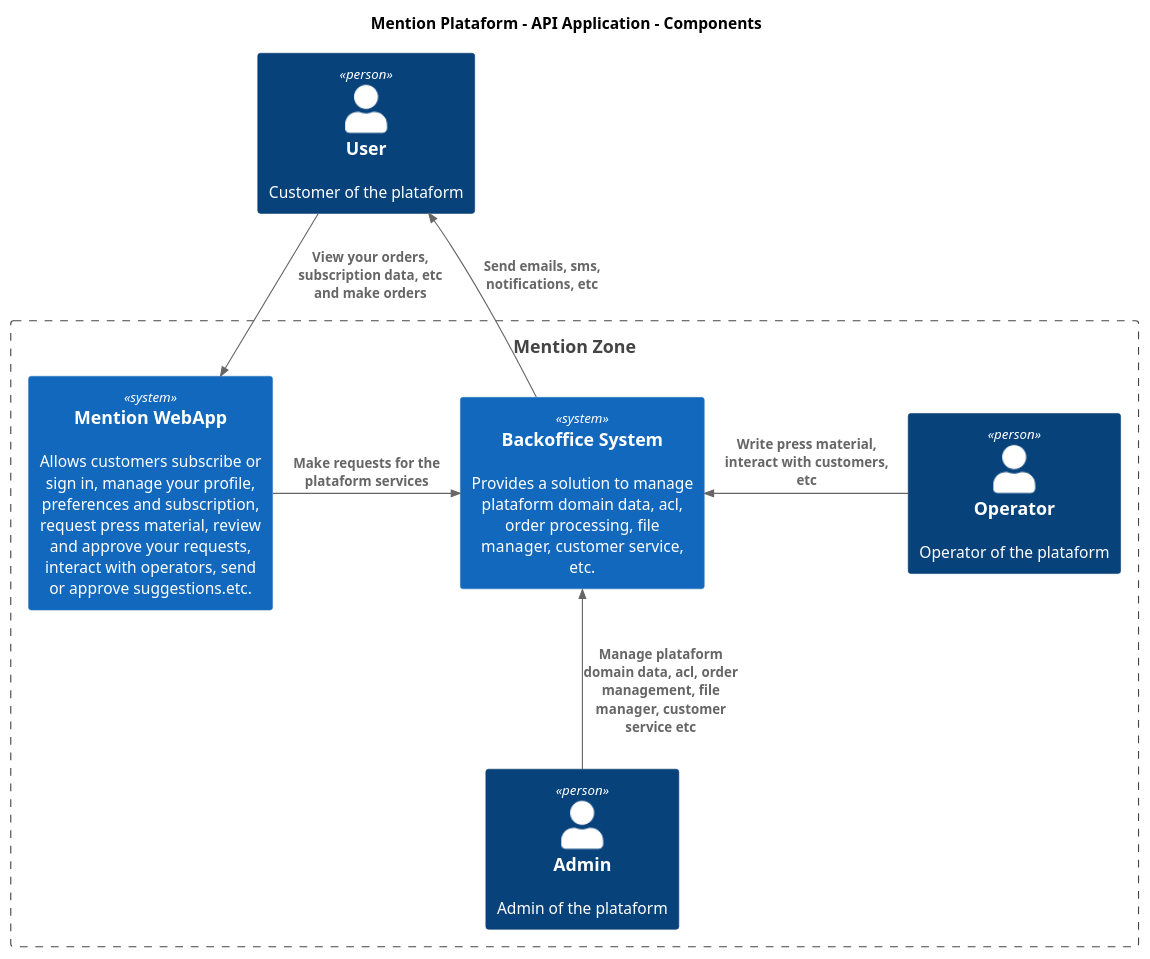
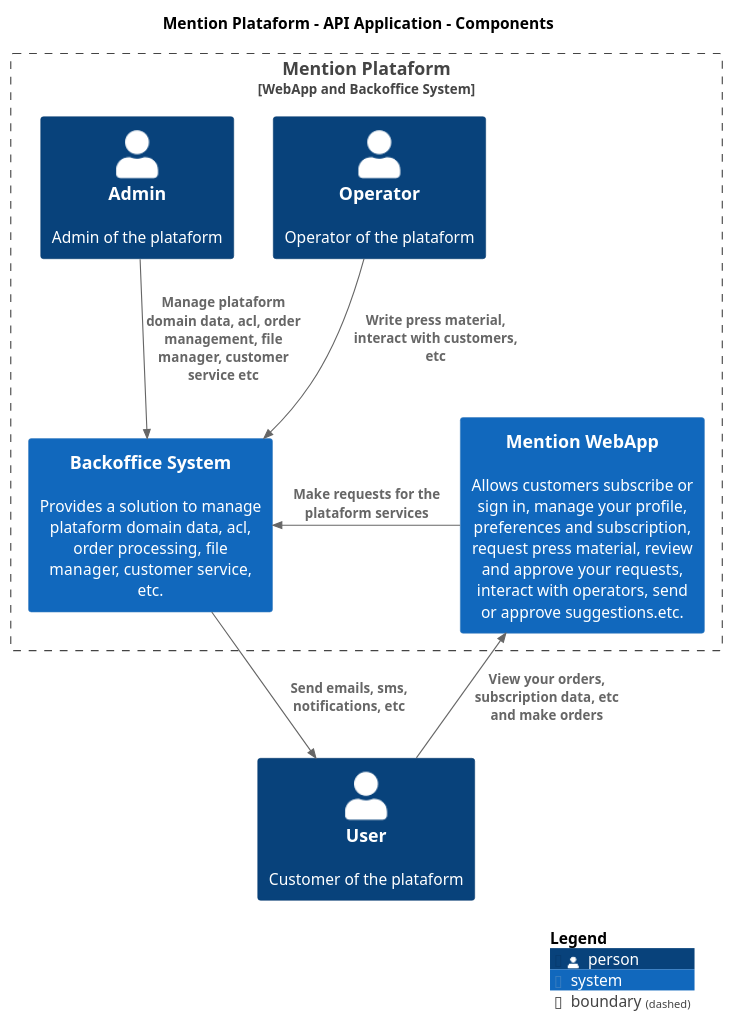
The diagram in docs/diagrams/context.puml (mateusmacedo/mostval-plataform), drawn with PlantUML before and after one commit.

Commit message:
docs(context): :books: enhance mention platform's context diagram clarity and interactivity

```diff
--- a/docs/diagrams/context.puml
+++ b/docs/diagrams/context.puml
@@ -1,28 +1,28 @@
 @startuml Mention Plataform
 set separator none
 title Mention Plataform - API Application - Components
 
 ' top to bottom direction
 ' left to right direction
 
 !include <C4/C4>
 !include <C4/C4_Context>
 
 AddBoundaryTag("Mention Plataform")
-Boundary(mention_zone, "Mention Zone") {
+Boundary(mention_zone, "Mention Plataform", "WebApp and Backoffice System") {
     Person(Operator, "Operator", "Operator of the plataform", $tags="")
     Person(Admin, "Admin", "Admin of the plataform", $tags="")
     System(MentionWebApp, "Mention WebApp", "Allows customers subscribe or sign in, manage your profile, preferences and subscription, request press material, review and approve your requests, interact with operators, send or approve suggestions.etc.", $tags="")
     System(MentionBackOffice, "Backoffice System", "Provides a solution to manage plataform domain data, acl, order processing, file manager, customer service, etc.", $tags="")
 }
 
 Person(User, "User", "Customer of the plataform", $tags="")
 
-Rel_D(User, MentionWebApp, "View your orders, subscription data, etc and make orders")
-Rel_R(MentionWebApp, MentionBackOffice, "Make requests for the plataform services")
-Rel_L(Operator, MentionBackOffice, "Write press material, interact with customers, etc")
-Rel_U(Admin, MentionBackOffice, "Manage plataform domain data, acl, order management, file manager, customer service etc")
-Rel_U(MentionBackOffice, User, "Send emails, sms, notifications, etc")
+Rel(User, MentionWebApp, "View your orders, subscription data, etc and make orders")
+Rel_L(MentionWebApp, MentionBackOffice, "Make requests for the plataform services")
+Rel(Operator, MentionBackOffice, "Write press material, interact with customers, etc")
+Rel(Admin, MentionBackOffice, "Manage plataform domain data, acl, order management, file manager, customer service etc")
+Rel(MentionBackOffice, User, "Send emails, sms, notifications, etc")
 
-
+SHOW_LEGEND(true)
 @enduml
```
